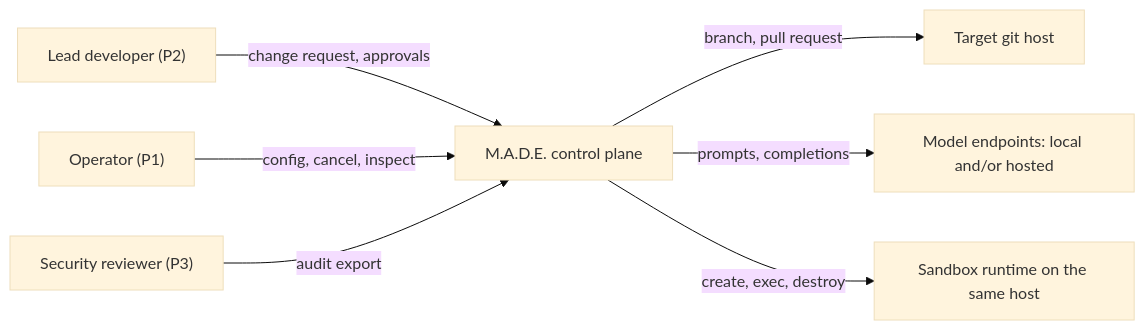
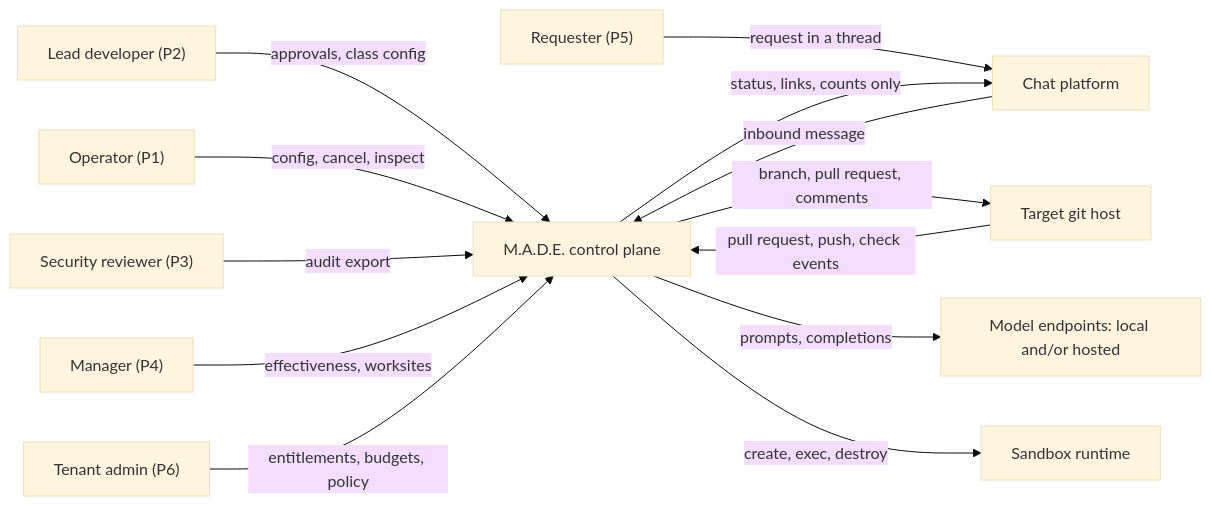
The first of 3 diagrams in docs/02-architecture/01-system-overview.md (c-dinca/M.A.D.E.), drawn with Mermaid (base theme) before and after one commit. The commit also changed other lines of this file and 1 other file, not shown here.

````diff
--- a/docs/02-architecture/01-system-overview.md
+++ b/docs/02-architecture/01-system-overview.md
@@ -84,10 +137,16 @@
 ```mermaid
 flowchart LR
-  P2["Lead developer (P2)"] -->|change request, approvals| API
+  P2["Lead developer (P2)"] -->|approvals, class config| API
   P1["Operator (P1)"] -->|config, cancel, inspect| API
   P3["Security reviewer (P3)"] -->|audit export| API
+  P4["Manager (P4)"] -->|effectiveness, worksites| API
+  P6["Tenant admin (P6)"] -->|entitlements, budgets, policy| API
+  P5["Requester (P5)"] -->|request in a thread| CHAT["Chat platform"]
   API["M.A.D.E. control plane"]
-  API -->|branch, pull request| GIT["Target git host"]
+  CHAT -->|inbound message| API
+  API -->|status, links, counts only| CHAT
+  GIT["Target git host"] -->|pull request, push, check events| API
+  API -->|branch, pull request, comments| GIT
   API -->|prompts, completions| LLM["Model endpoints: local and/or hosted"]
-  API -->|create, exec, destroy| SB["Sandbox runtime on the same host"]
+  API -->|create, exec, destroy| SB["Sandbox runtime"]
 ```
````
